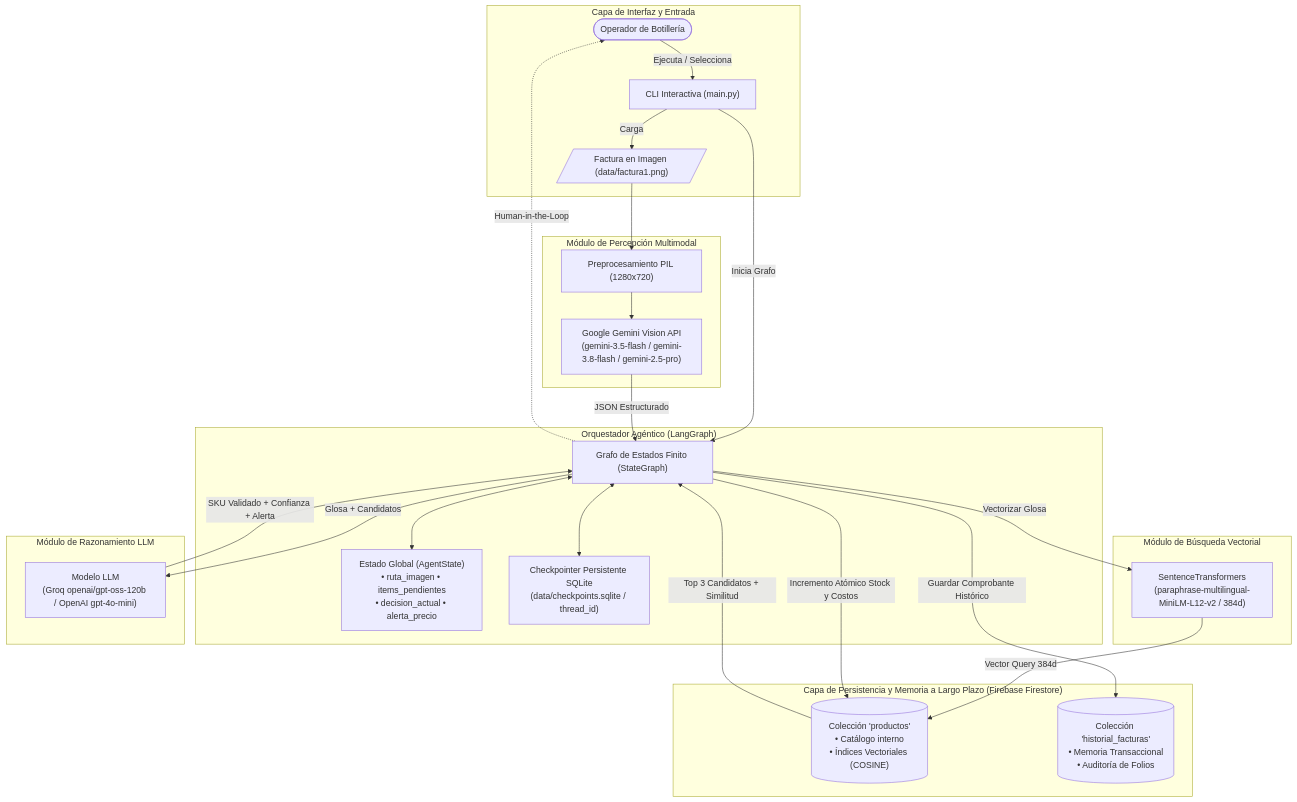
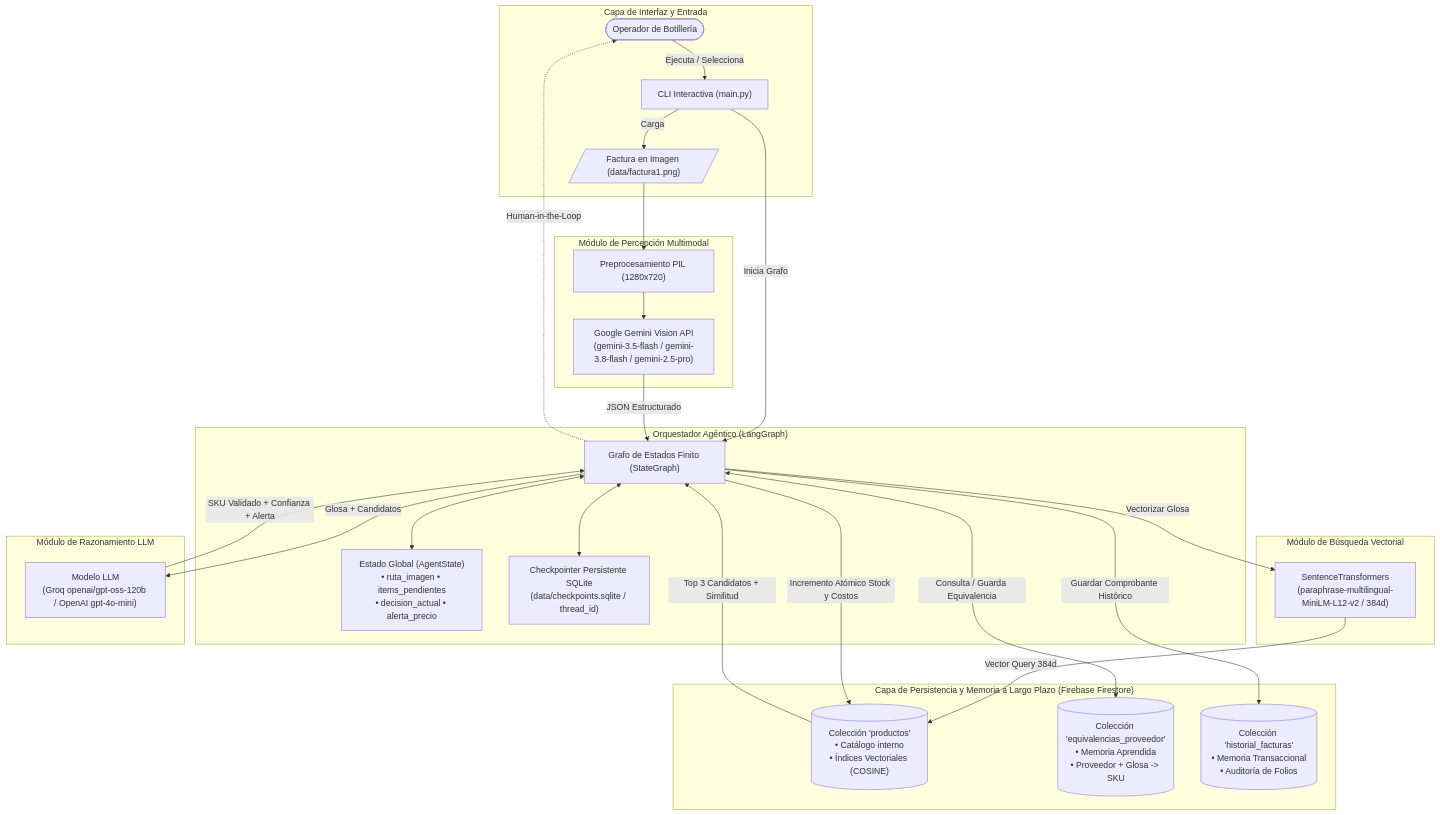
The first of 2 diagrams in README.md (brayamandres/agente_facturas_botilleria_LangGraph), drawn with Mermaid before and after one commit. The commit also changed other lines of this file and 12 other files, not shown here.

````diff
--- a/README.md
+++ b/README.md
@@ -19,48 +13,50 @@
 ```mermaid
 flowchart TD
     subgraph UI ["Capa de Interfaz y Entrada"]
         Usuario([Operador de Botillería])
         CLI["CLI Interactiva (main.py)"]
         FacturaImg[/"Factura en Imagen (data/factura1.png)"/]
         Usuario -->|Ejecuta / Selecciona| CLI
         CLI -->|Carga| FacturaImg
     end
 
     subgraph AgentFramework ["Orquestador Agéntico (LangGraph)"]
         State["Estado Global (AgentState)\n• ruta_imagen • items_pendientes\n• decision_actual • alerta_precio"]
         GraphCore["Grafo de Estados Finito (StateGraph)"]
         Checkpointer["Checkpointer Persistente SQLite\n(data/checkpoints.sqlite / thread_id)"]
         GraphCore <--> State
         GraphCore <--> Checkpointer
     end
 
     subgraph PerceptionModule ["Módulo de Percepción Multimodal"]
         GeminiClient["Google Gemini Vision API\n(gemini-3.5-flash / gemini-3.8-flash / gemini-2.5-pro)"]
         Thumbnails["Preprocesamiento PIL (1280x720)"]
     end
 
     subgraph RetrievalModule ["Módulo de Búsqueda Vectorial"]
         Embeddings["SentenceTransformers\n(paraphrase-multilingual-MiniLM-L12-v2 / 384d)"]
     end
 
     subgraph ReasoningModule ["Módulo de Razonamiento LLM"]
         LLM["Modelo LLM\n(Groq openai/gpt-oss-120b / OpenAI gpt-4o-mini)"]
     end
 
     subgraph DatabaseLayer ["Capa de Persistencia y Memoria a Largo Plazo (Firebase Firestore)"]
         VectorDB[("Colección 'productos'\n• Catálogo interno\n• Índices Vectoriales (COSINE)")]
+        EquivDB[("Colección 'equivalencias_proveedor'\n• Memoria Aprendida\n• Proveedor + Glosa -> SKU")]
         AuditDB[("Colección 'historial_facturas'\n• Memoria Transaccional\n• Auditoría de Folios")]
     end
 
     CLI -->|Inicia Grafo| GraphCore
     FacturaImg --> Thumbnails --> GeminiClient
     GeminiClient -->|JSON Estructurado| GraphCore
+    GraphCore <-->|Consulta / Guarda Equivalencia| EquivDB
     GraphCore -->|Vectorizar Glosa| Embeddings
     Embeddings -->|Vector Query 384d| VectorDB
     VectorDB -->|Top 3 Candidatos + Similitud| GraphCore
     GraphCore -->|Glosa + Candidatos| LLM
     LLM -->|SKU Validado + Confianza + Alerta| GraphCore
     GraphCore -->|Incremento Atómico Stock y Costos| VectorDB
     GraphCore -->|Guardar Comprobante Histórico| AuditDB
     GraphCore -.->|Human-in-the-Loop| Usuario
 ```
````
